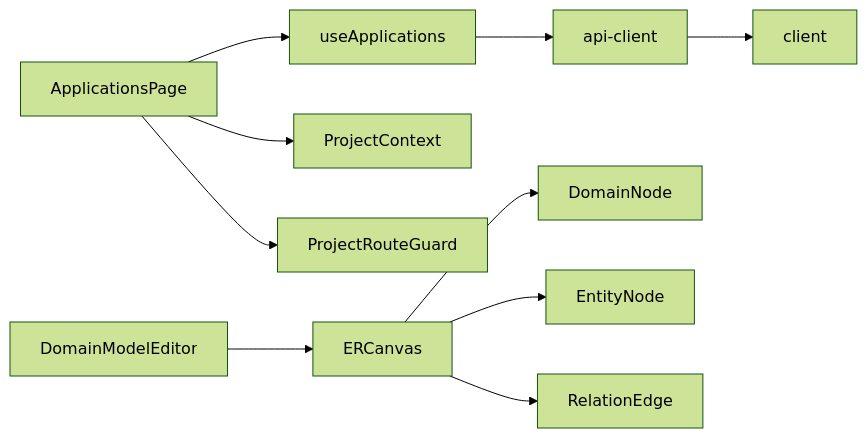
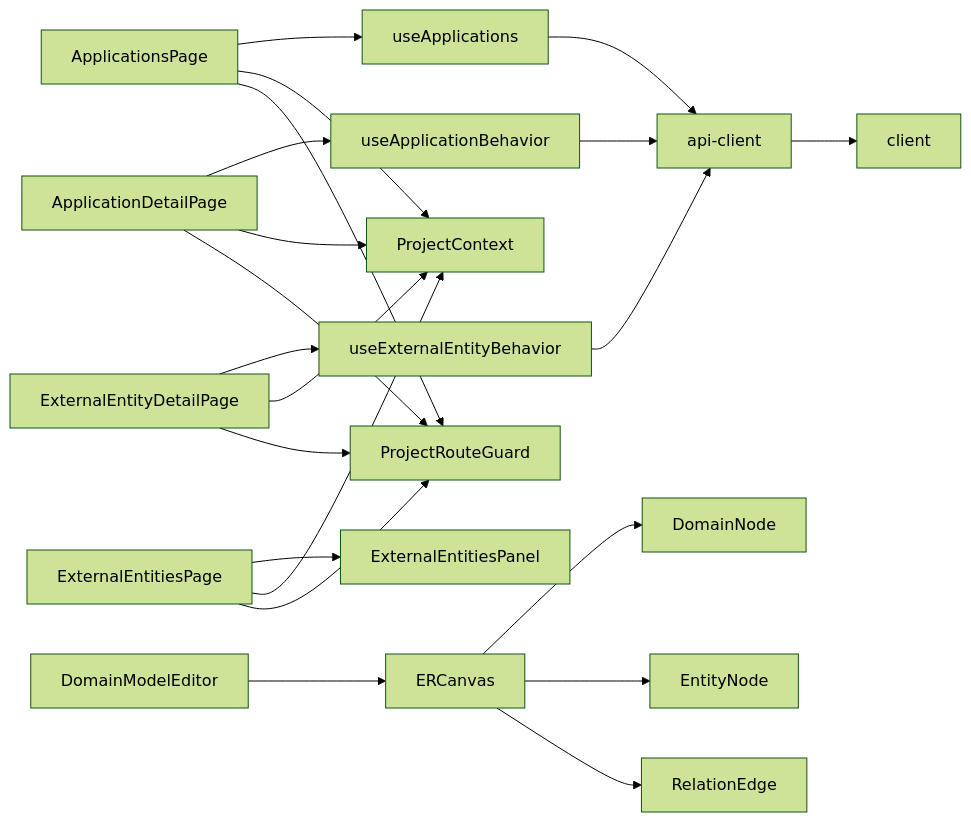
One commit to kai-cui1/ai-prototype-manager changed diagram 11 of 11 in .qoder/repowiki/zh/content/核心模块/应用管理模块.md. Above: the diagram before and after it, drawn with Mermaid (forest theme). The commit also changed other lines of this file and 173 other files, not shown here.

````diff
--- a/.qoder/repowiki/zh/content/核心模块/应用管理模块.md
+++ b/.qoder/repowiki/zh/content/核心模块/应用管理模块.md
@@ -371,12 +518,23 @@
 ```mermaid
 graph LR
 AP["ApplicationsPage"] --> UA["useApplications"]
+ADP["ApplicationDetailPage"] --> UAB["useApplicationBehavior"]
+EEDP["ExternalEntityDetailPage"] --> UEB["useExternalEntityBehavior"]
+EEP["ExternalEntitiesPage"] --> EEPANEL["ExternalEntitiesPanel"]
 UA --> AC["api-client"]
+UAB --> AC
+UEB --> AC
 AC --> CL["client"]
 AP --> PC["ProjectContext"]
+ADP --> PC
+EEDP --> PC
+EEP --> PC
 AP --> PRG["ProjectRouteGuard"]
+ADP --> PRG
+EEDP --> PRG
+EEP --> PRG
 DME["DomainModelEditor"] --> ERC["ERCanvas"]
 ERC --> DN["DomainNode"]
 ERC --> EN["EntityNode"]
 ERC --> RE["RelationEdge"]
 ```
````
